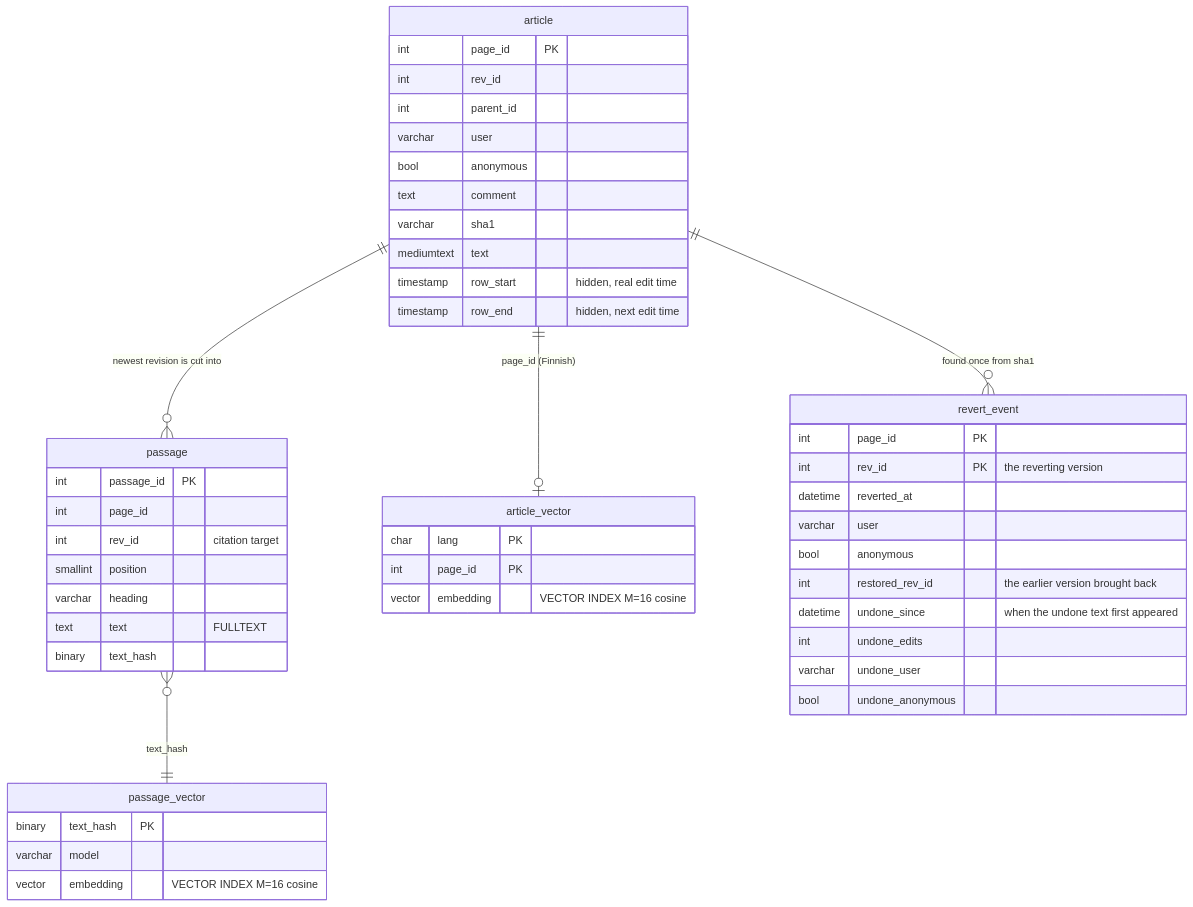
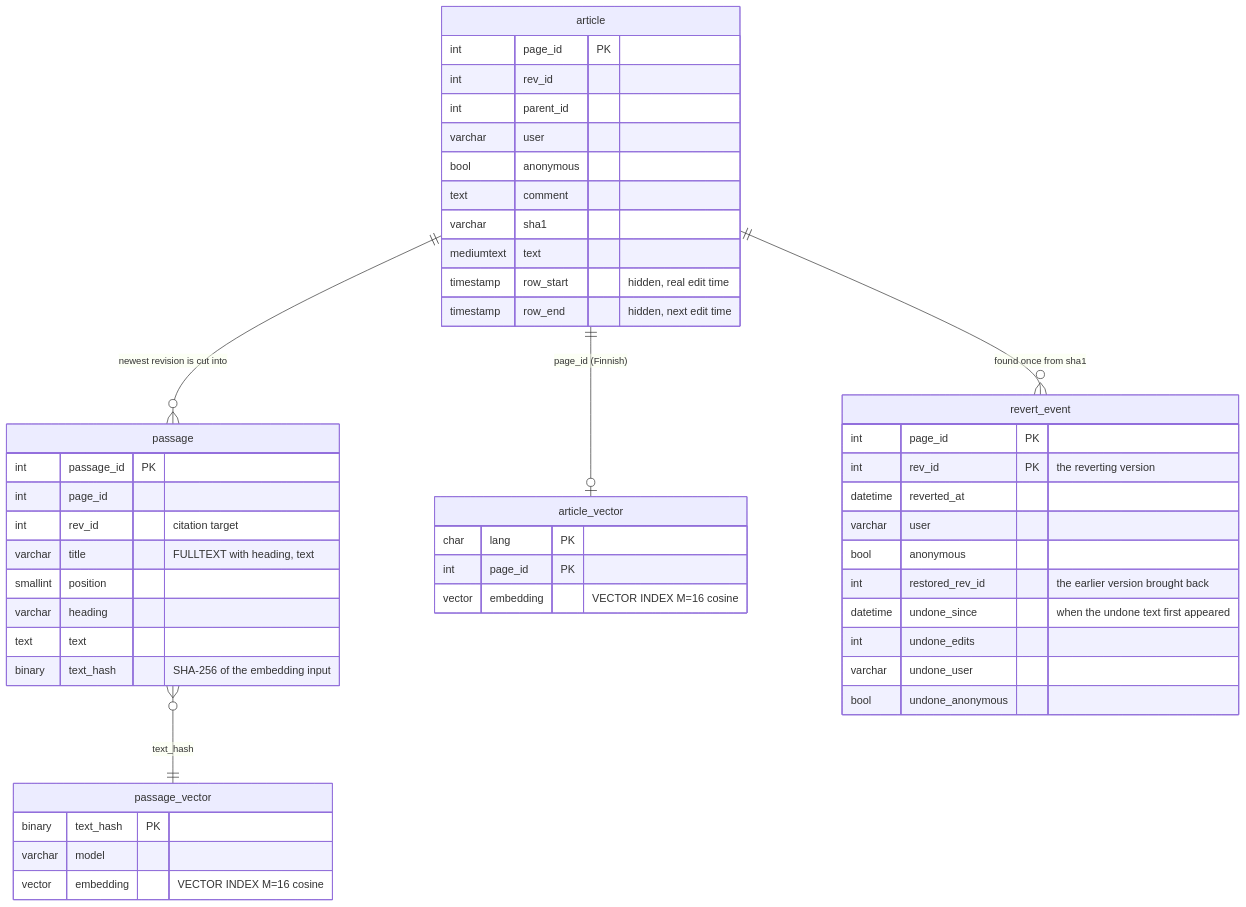
One commit to trietle145/kerros changed the second of 4 diagrams in docs/architecture.md. Above: the diagram before and after it, drawn with Mermaid. The commit also changed other lines of this file and 2 other files, not shown here.

First line of the commit message:
Decide chunking, embedding and hybrid retrieval

````diff
--- a/docs/architecture.md
+++ b/docs/architecture.md
@@ -87,50 +154,51 @@
 ```mermaid
 erDiagram
   article ||--o{ passage : "newest revision is cut into"
   passage }o--|| passage_vector : "text_hash"
   article ||--o| article_vector : "page_id (Finnish)"
   article ||--o{ revert_event : "found once from sha1"
   article {
     int page_id PK
     int rev_id
     int parent_id
     varchar user
     bool anonymous
     text comment
     varchar sha1
     mediumtext text
     timestamp row_start "hidden, real edit time"
     timestamp row_end "hidden, next edit time"
   }
   passage {
     int passage_id PK
     int page_id
     int rev_id "citation target"
+    varchar title "FULLTEXT with heading, text"
     smallint position
     varchar heading
-    text text "FULLTEXT"
-    binary text_hash
+    text text
+    binary text_hash "SHA-256 of the embedding input"
   }
   passage_vector {
     binary text_hash PK
     varchar model
     vector embedding "VECTOR INDEX M=16 cosine"
   }
   article_vector {
     char lang PK
     int page_id PK
     vector embedding "VECTOR INDEX M=16 cosine"
   }
   revert_event {
     int page_id PK
     int rev_id PK "the reverting version"
     datetime reverted_at
     varchar user
     bool anonymous
     int restored_rev_id "the earlier version brought back"
     datetime undone_since "when the undone text first appeared"
     int undone_edits
     varchar undone_user
     bool undone_anonymous
   }
 ```
````
